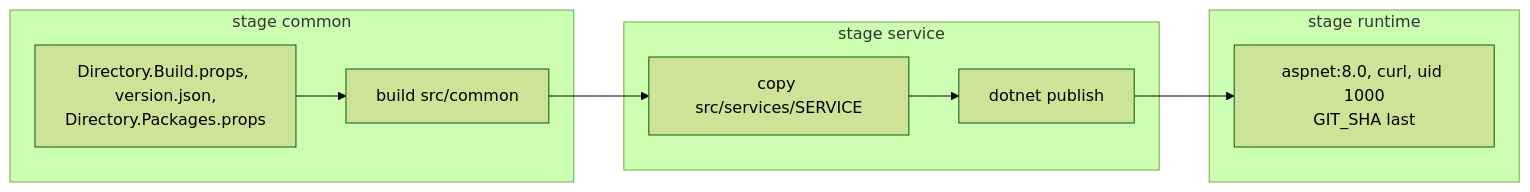
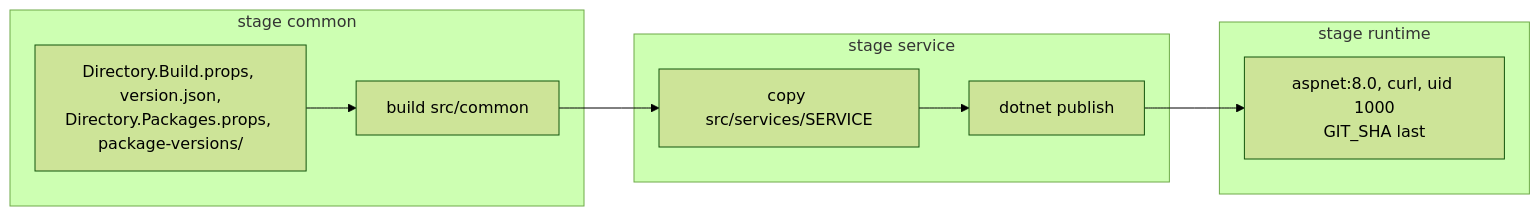
The diagram in docs/operations/docker.md (Vovanda/DotNetSolutionKit), drawn with Mermaid (forest theme) before and after one commit. The commit also changed 24 other files, not shown here.

First line of the commit message:
feat: the versions a flag brings live in a file of their own, src/package-versions/<flag>.props

````diff
--- a/docs/operations/docker.md
+++ b/docs/operations/docker.md
@@ -14,12 +14,12 @@
 ```mermaid
 flowchart LR
     subgraph common_stage [stage common]
-        P[Directory.Build.props, version.json,<br/>Directory.Packages.props] --> CB[build src/common]
+        P[Directory.Build.props, version.json,<br/>Directory.Packages.props, package-versions/] --> CB[build src/common]
     end
     subgraph service_stage [stage service]
         CB --> SF["copy src/services/SERVICE"] --> PUB[dotnet publish]
     end
     subgraph runtime_stage [stage runtime]
         PUB --> IMG["aspnet:8.0, curl, uid 1000<br/>GIT_SHA last"]
     end
 ```
````
